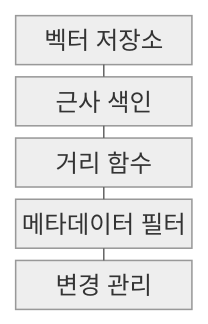
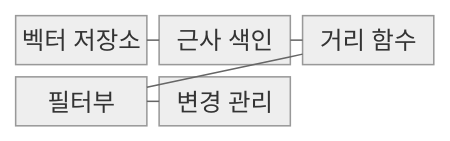
Before and after one commit to agnusdei1207/knowledge-base: the first of 2 diagrams in src/content/docs/notes/08-latest-tech/075_vector_database.md, drawn with Mermaid (neutral theme). The commit also changed other lines of this file and 228 other files, not shown here.

````diff
--- a/src/content/docs/notes/08-latest-tech/075_vector_database.md
+++ b/src/content/docs/notes/08-latest-tech/075_vector_database.md
@@ -51,13 +51,13 @@
 ```mermaid
 block-beta
-  columns 1
+  columns 3
   store["벡터 저장소"]
   index["근사 색인"]
   distance["거리 함수"]
-  filter["메타데이터 필터"]
+  filter["필터부"]
   change["변경 관리"]
   store --- index
   index --- distance
   distance --- filter
   filter --- change
 ```
````
